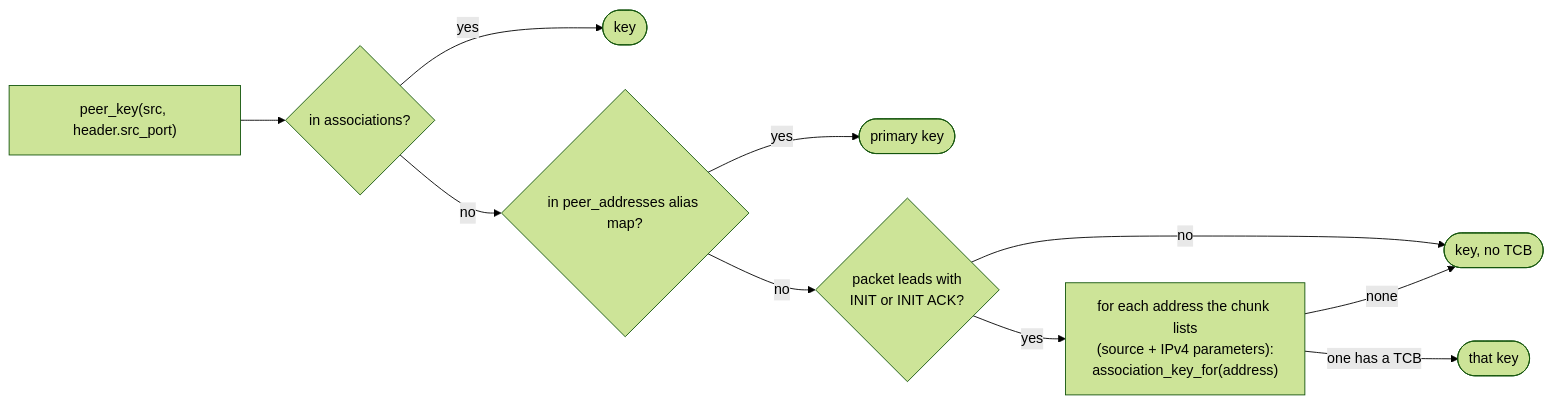
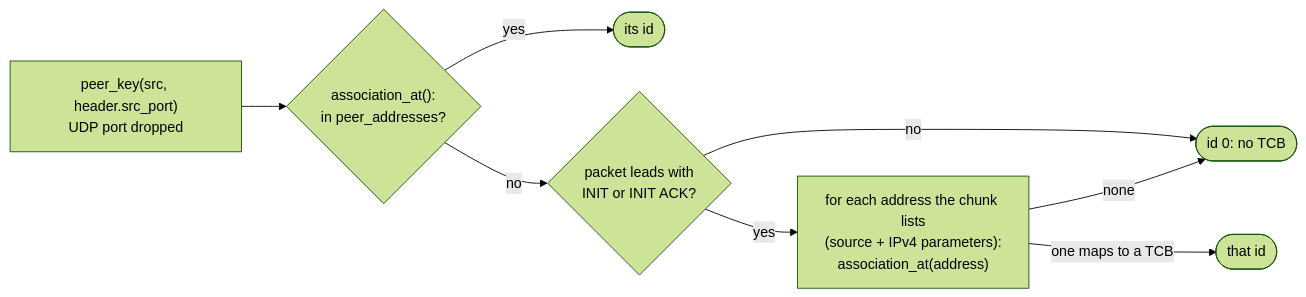
One commit to ethanallenfernandez/sctp-stack changed the second of 11 diagrams in docs/devs/04-inbound.md. Above: the diagram before and after it, drawn with Mermaid (forest theme). The commit also changed other lines of this file and 42 other files, not shown here.

Commit message:
Converted the association key to a more conventional uint32_t

````diff
--- a/docs/devs/04-inbound.md
+++ b/docs/devs/04-inbound.md
@@ -67,12 +67,10 @@
 ```mermaid
 flowchart LR
-    a["peer_key(src, header.src_port)"] --> b{"in associations?"}
-    b -- "yes" --> k(["key"])
-    b -- "no" --> c{"in peer_addresses alias map?"}
-    c -- "yes" --> k2(["primary key"])
-    c -- "no" --> d{"packet leads with<br/>INIT or INIT ACK?"}
-    d -- "no" --> k3(["key, no TCB"])
-    d -- "yes" --> e["for each address the chunk lists<br/>(source + IPv4 parameters):<br/>association_key_for(address)"]
-    e -- "one has a TCB" --> k4(["that key"])
+    a["peer_key(src, header.src_port)<br/>UDP port dropped"] --> b{"association_at():<br/>in peer_addresses?"}
+    b -- "yes" --> k(["its id"])
+    b -- "no" --> d{"packet leads with<br/>INIT or INIT ACK?"}
+    d -- "no" --> k3(["id 0: no TCB"])
+    d -- "yes" --> e["for each address the chunk lists<br/>(source + IPv4 parameters):<br/>association_at(address)"]
+    e -- "one maps to a TCB" --> k4(["that id"])
     e -- "none" --> k3
 ```
````
